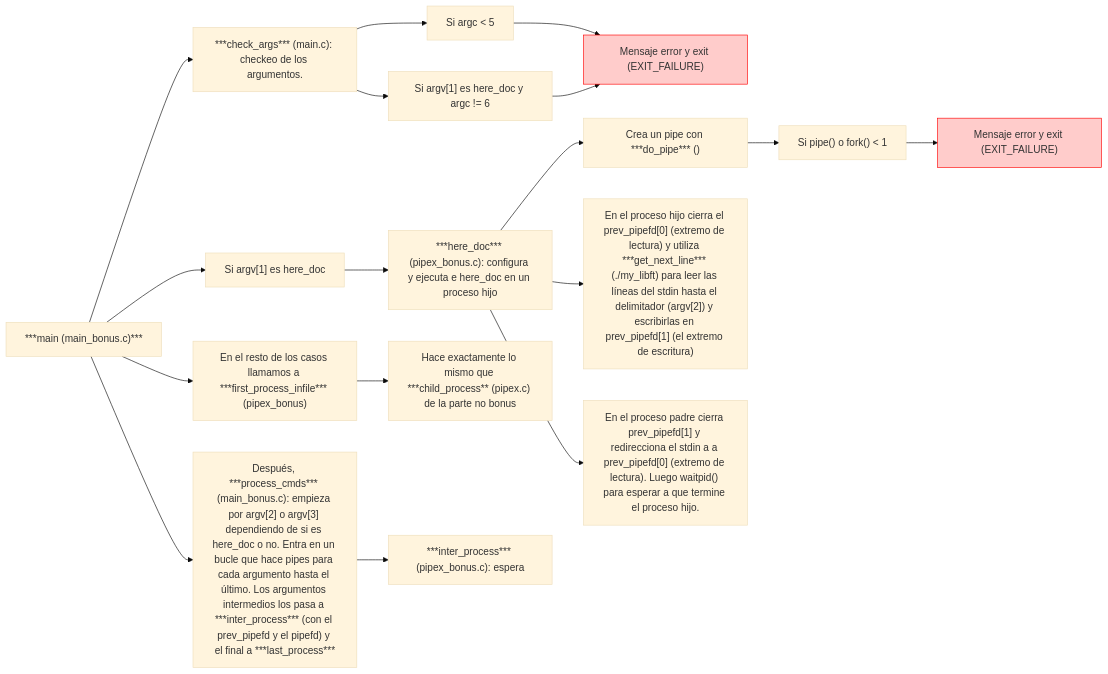
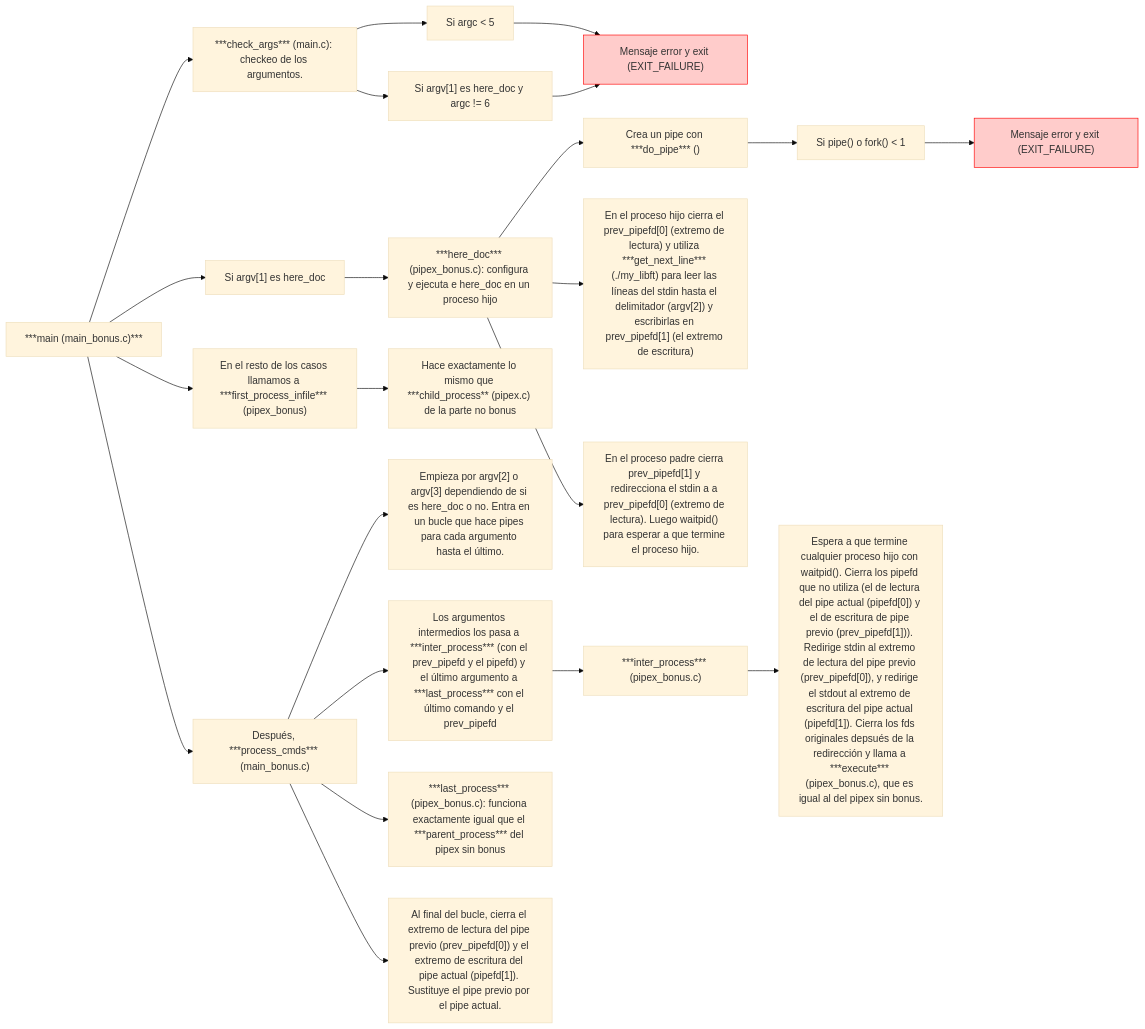
The third of 3 diagrams in README.md (AnaMac3/42-pipex), drawn with Mermaid (base theme) before and after one commit. The commit also changed other lines of this file, not shown here.

````diff
--- a/README.md
+++ b/README.md
@@ -303,25 +240,30 @@
 ```mermaid
 graph LR;
     A["***main (main_bonus.c)***"] --> B["***check_args*** (main.c): checkeo de los argumentos."];
     B --> C["Si argc < 5"];
     C --> D["Mensaje error y exit (EXIT_FAILURE)"];
     B --> E["Si argv[1] es here_doc y argc != 6"];
     E --> D;
 
     A --> F["Si argv[1] es here_doc"];
     F --> G["***here_doc*** (pipex_bonus.c): configura y ejecuta e here_doc en un proceso hijo"];
     G --> H["Crea un pipe con ***do_pipe*** ()"];
     H --> I["Si pipe() o fork() < 1"];
     I --> Ñ["Mensaje error y exit (EXIT_FAILURE)"];
     G --> J["En el proceso hijo cierra el prev_pipefd[0] (extremo de lectura) y utiliza ***get_next_line*** (./my_libft) para leer las líneas del stdin hasta el delimitador (argv[2]) y escribirlas en prev_pipefd[1] (el extremo de escritura)"];
     G --> K["En el proceso padre cierra prev_pipefd[1] y redirecciona el stdin a a prev_pipefd[0] (extremo de lectura). Luego waitpid() para esperar a que termine el proceso hijo."];
     A --> L["En el resto de los casos llamamos a ***first_process_infile*** (pipex_bonus)"];
     L --> M["Hace exactamente lo mismo que ***child_process** (pipex.c) de la parte no bonus"];
-    A --> N["Después, ***process_cmds*** (main_bonus.c): empieza por argv[2] o argv[3] dependiendo de si es here_doc o no. Entra en un bucle que hace pipes para cada argumento hasta el último. Los argumentos intermedios los pasa a ***inter_process*** (con el prev_pipefd y el pipefd) y el final a ***last_process*** "];
-  N --> O["***inter_process*** (pipex_bonus.c): espera "];
+    A --> N["Después, ***process_cmds*** (main_bonus.c)"]
+    N --> O["Empieza por argv[2] o argv[3] dependiendo de si es here_doc o no. Entra en un bucle que hace pipes para cada argumento hasta el último."]
+    N --> P["Los argumentos intermedios los pasa a ***inter_process*** (con el prev_pipefd y el pipefd) y el último argumento a ***last_process*** con el último comando y el prev_pipefd"];
+    P --> Q["***inter_process*** (pipex_bonus.c)"];
+    Q --> R["Espera a que termine cualquier proceso hijo con waitpid(). Cierra los pipefd que no utiliza (el de lectura del pipe actual (pipefd[0]) y el de escritura de pipe previo (prev_pipefd[1])). Redirige stdin al extremo de lectura del pipe previo (prev_pipefd[0]), y redirige el stdout al extremo de escritura del pipe actual (pipefd[1]). Cierra los fds originales depsués de la redirección y llama a ***execute*** (pipex_bonus.c), que es igual al del pipex sin bonus."];
+  N --> S["***last_process*** (pipex_bonus.c): funciona exactamente igual que el ***parent_process*** del pipex sin bonus"];
+  N --> T["Al final del bucle, cierra el extremo de lectura del pipe previo (prev_pipefd[0]) y el extremo de escritura del pipe actual (pipefd[1]). Sustituye el pipe previo por el pipe actual."];
 
    
 style D fill:#ffcccb,stroke:#ff0000,stroke-width:1px
 style Ñ fill:#ffcccb,stroke:#ff0000,stroke-width:1px
 
 ```
````
